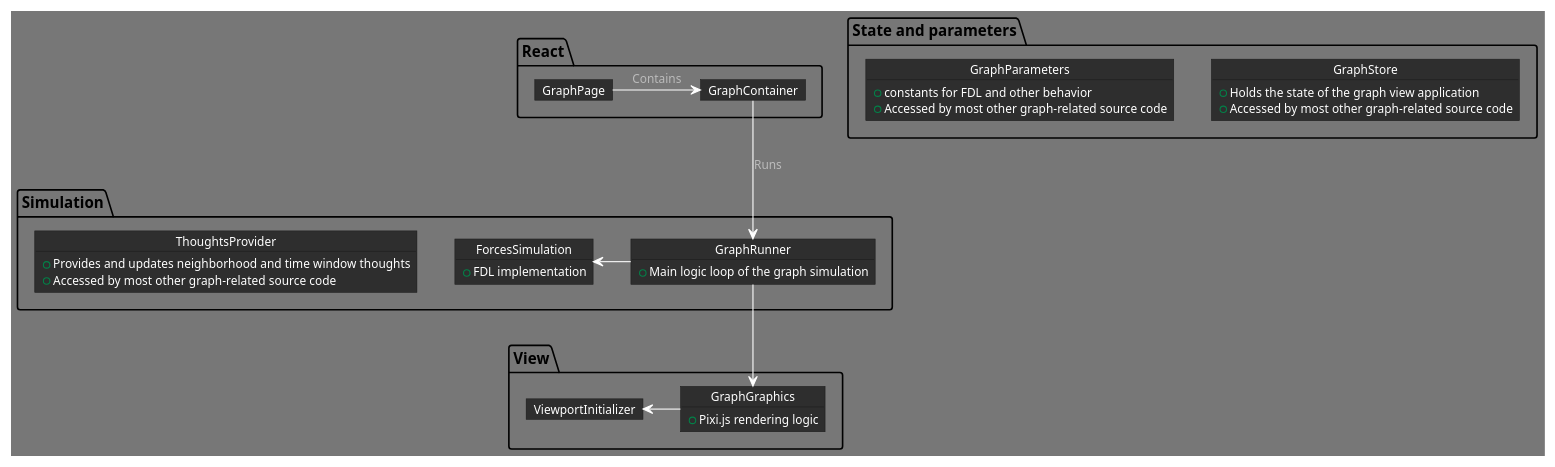
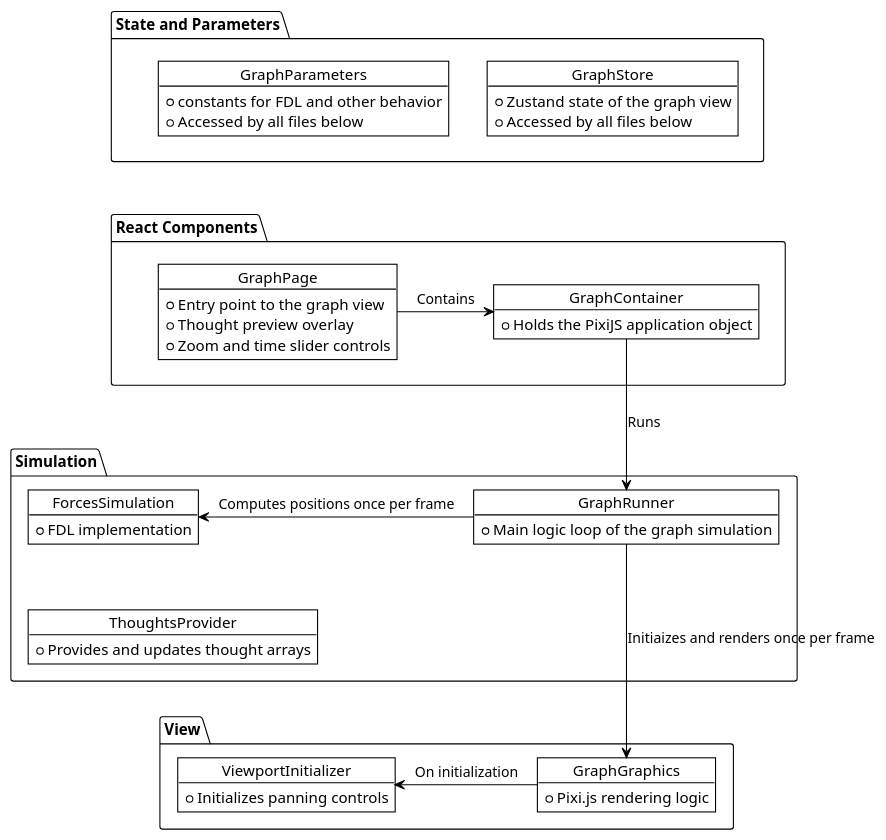
Before and after one commit to 0rbit3r/afantazie_bachelors_thesis: the diagram in uml_diagrams/frontend_architecture.plantuml, drawn with PlantUML. The commit also changed 31 other files, not shown here.

```diff
--- a/uml_diagrams/frontend_architecture.plantuml
+++ b/uml_diagrams/frontend_architecture.plantuml
@@ -1,53 +1,59 @@
 @startuml
-!theme reddress-darkblue
+!theme plain
 hide empty members
 
-package React {
+package "React Components" {
   object GraphPage {
++ Entry point to the graph view
++ Thought preview overlay
++ Zoom and time slider controls
   }
 
   object GraphContainer {
++ Holds the PixiJS application object
   }
 }
 
 
-package "State and parameters" {
+package "State and Parameters" {
   object GraphStore {
-+ Holds the state of the graph view application
-+ Accessed by most other graph-related source code
++ Zustand state of the graph view
++ Accessed by all files below
   }
   object GraphParameters {
 + constants for FDL and other behavior
-+ Accessed by most other graph-related source code
++ Accessed by all files below
   }
 }
 
 package Simulation {
   object GraphRunner {
 + Main logic loop of the graph simulation
   }
 
   object ForcesSimulation {
 + FDL implementation
   }
   object ThoughtsProvider {
-+ Provides and updates neighborhood and time window thoughts
-+ Accessed by most other graph-related source code
++ Provides and updates thought arrays
   }
 }
 
 package View {
   object GraphGraphics {
 + Pixi.js rendering logic
   }
   object ViewportInitializer {
++ Initializes panning controls
   }
 }
 
 
+"ForcesSimulation" <-[hidden]- "ThoughtsProvider" 
 GraphPage -> GraphContainer : "Contains"
 GraphContainer --> GraphRunner : "Runs"
-GraphRunner --> GraphGraphics
-ViewportInitializer <- GraphGraphics
-ForcesSimulation <- GraphRunner
+GraphRunner ---> GraphGraphics : "Initiaizes and renders once per frame"
+ViewportInitializer <- GraphGraphics: "On initialization"
+ForcesSimulation <- GraphRunner : "Computes positions once per frame"
+"State and Parameters" <--[hidden] "React Components"
 @enduml
```
